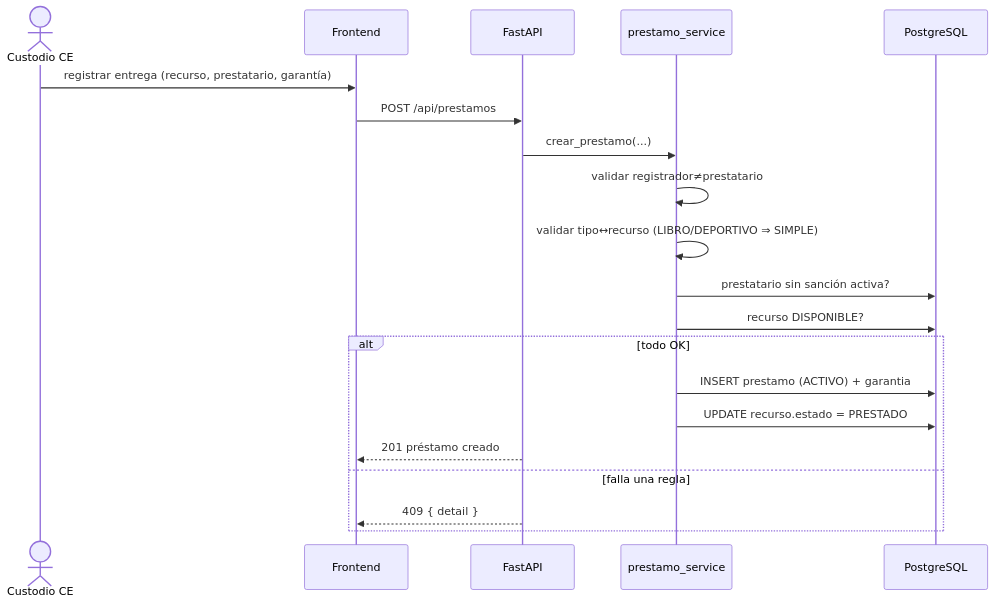
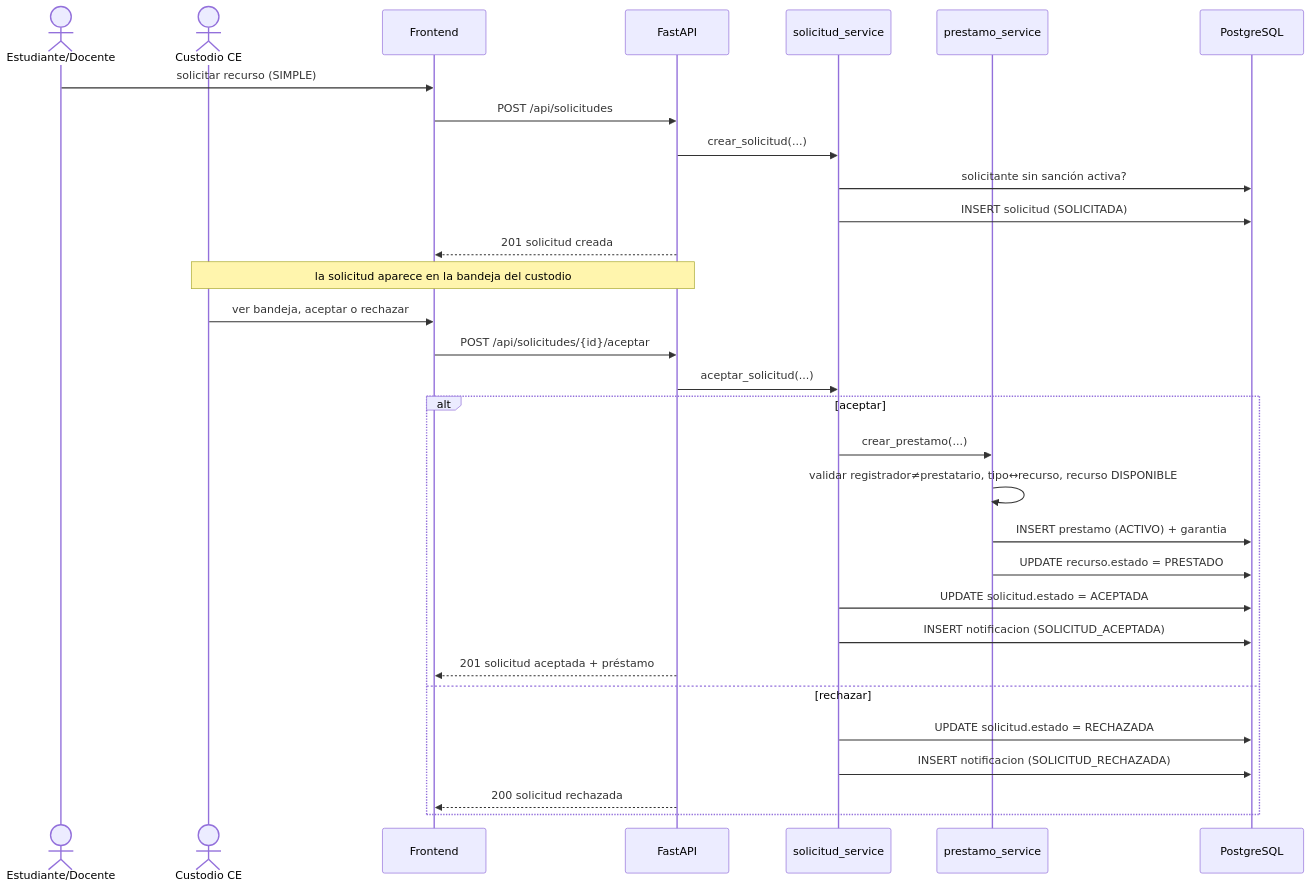
Before and after one commit to Cristhianepcc/ti2-sistema-prestamos: the fourth of 7 diagrams in docs/01-sdd.md, drawn with Mermaid. The commit also changed other lines of this file and 3 other files, not shown here.

First line of the commit message:
docs: generalizar Solicitud y agregar Notificacion en los documentos de alcance

````diff
--- a/docs/01-sdd.md
+++ b/docs/01-sdd.md
@@ -446,22 +481,33 @@
 ```mermaid
 sequenceDiagram
+  actor E as Estudiante/Docente
   actor C as Custodio CE
   participant FE as Frontend
   participant API as FastAPI
-  participant S as prestamo_service
+  participant SS as solicitud_service
+  participant PS as prestamo_service
   participant DB as PostgreSQL
-  C->>FE: registrar entrega (recurso, prestatario, garantía)
-  FE->>API: POST /api/prestamos
-  API->>S: crear_prestamo(...)
-  S->>S: validar registrador≠prestatario
-  S->>S: validar tipo↔recurso (LIBRO/DEPORTIVO ⇒ SIMPLE)
-  S->>DB: prestatario sin sanción activa?
-  S->>DB: recurso DISPONIBLE?
-  alt todo OK
-    S->>DB: INSERT prestamo (ACTIVO) + garantia
-    S->>DB: UPDATE recurso.estado = PRESTADO
-    API-->>FE: 201 préstamo creado
-  else falla una regla
-    API-->>FE: 409 { detail }
+  E->>FE: solicitar recurso (SIMPLE)
+  FE->>API: POST /api/solicitudes
+  API->>SS: crear_solicitud(...)
+  SS->>DB: solicitante sin sanción activa?
+  SS->>DB: INSERT solicitud (SOLICITADA)
+  API-->>FE: 201 solicitud creada
+  Note over C,API: la solicitud aparece en la bandeja del custodio
+  C->>FE: ver bandeja, aceptar o rechazar
+  FE->>API: POST /api/solicitudes/{id}/aceptar
+  API->>SS: aceptar_solicitud(...)
+  alt aceptar
+    SS->>PS: crear_prestamo(...)
+    PS->>PS: validar registrador≠prestatario, tipo↔recurso, recurso DISPONIBLE
+    PS->>DB: INSERT prestamo (ACTIVO) + garantia
+    PS->>DB: UPDATE recurso.estado = PRESTADO
+    SS->>DB: UPDATE solicitud.estado = ACEPTADA
+    SS->>DB: INSERT notificacion (SOLICITUD_ACEPTADA)
+    API-->>FE: 201 solicitud aceptada + préstamo
+  else rechazar
+    SS->>DB: UPDATE solicitud.estado = RECHAZADA
+    SS->>DB: INSERT notificacion (SOLICITUD_RECHAZADA)
+    API-->>FE: 200 solicitud rechazada
   end
 ```
````
